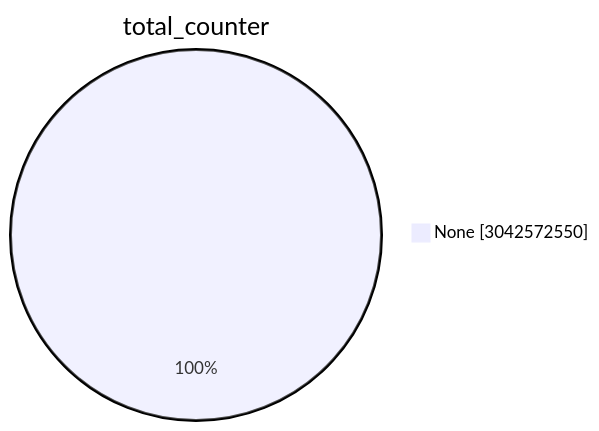
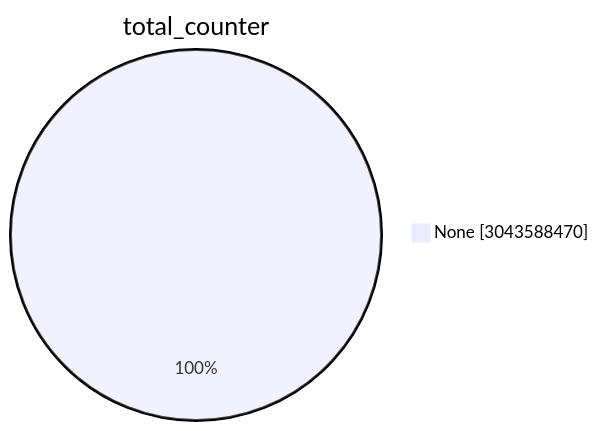
One commit to christiankrug/ctmonitor_visualization changed the first of 15 diagrams in TOTAL/README.md. Above: the diagram before and after it, drawn with Mermaid. The commit also changed other lines of this file, not shown here.

````diff
--- a/TOTAL/README.md
+++ b/TOTAL/README.md
@@ -1,5 +1,5 @@
 ```mermaid
 pie showData
 title total_counter
-"None" :3042572550
+"None" :3043588470
 ```
````
